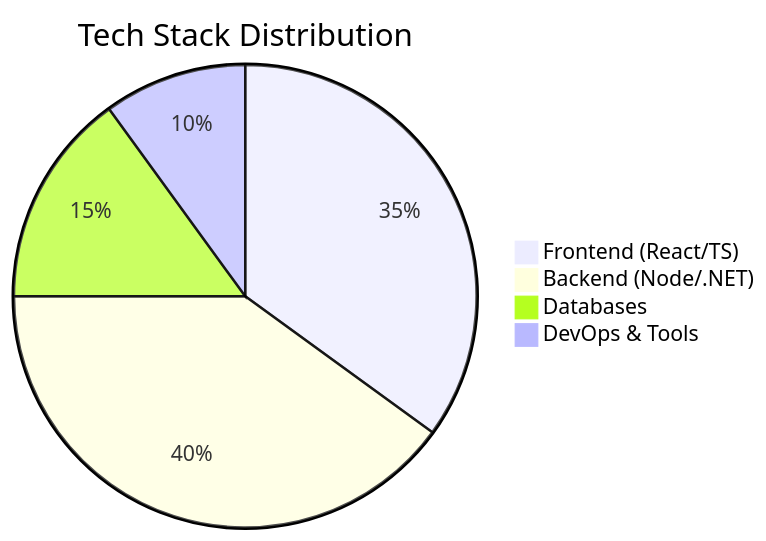
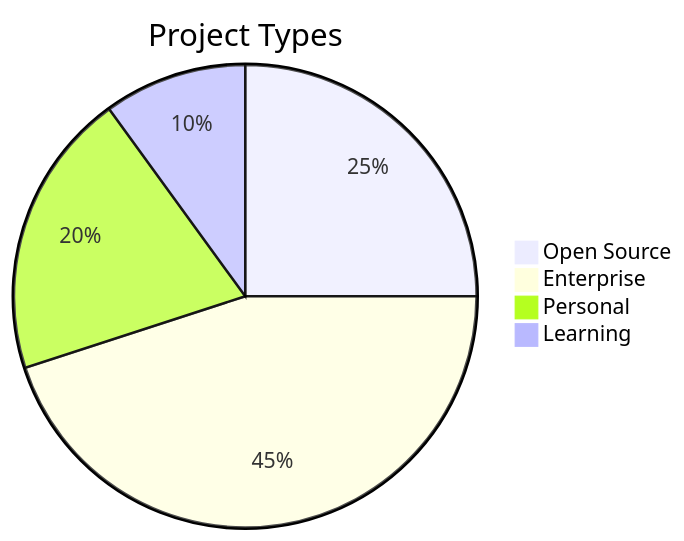
The diagram in README.md (YoonusAnees/YoonusAnees), drawn with Mermaid before and after one commit. The commit also changed other lines of this file, not shown here.

````diff
--- a/README.md
+++ b/README.md
@@ -87,7 +95,7 @@
 ```mermaid
-pie title Tech Stack Distribution
-    "Frontend (React/TS)" : 35
-    "Backend (Node/.NET)" : 40
-    "Databases" : 15
-    "DevOps & Tools" : 10
+pie title Project Types
+    "Open Source" : 25
+    "Enterprise" : 45
+    "Personal" : 20
+    "Learning" : 10
 ```
````
